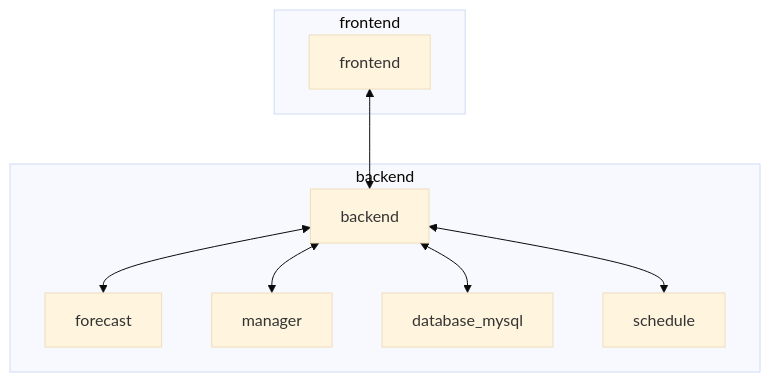
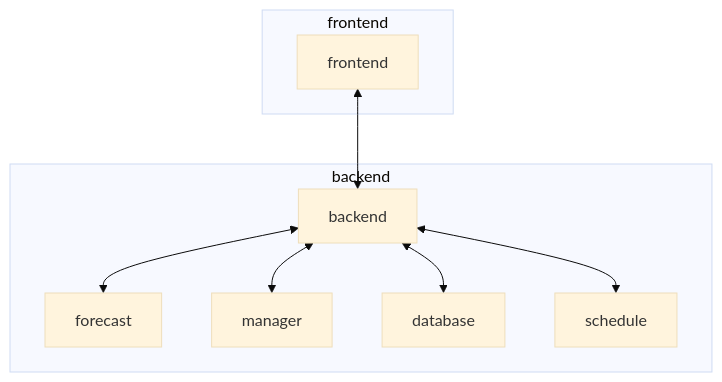
The first of 10 diagrams in README.md (vutiendat2302/optima-product-winmart-system), drawn with Mermaid (base theme) before and after one commit.

````diff
--- a/README.md
+++ b/README.md
@@ -17,15 +17,15 @@
 ``` mermaid
     flowchart BT
         subgraph frontend
             FE[frontend]
         end
         subgraph backend
             BE[backend]
             FM[forecast] <--> BE
             MN[manager] <--> BE
-            DB[database_mysql] <--> BE
+            DB[database] <--> BE
             SC[schedule] <--> BE
         end
         BE <--> FE
         
 ```
````
